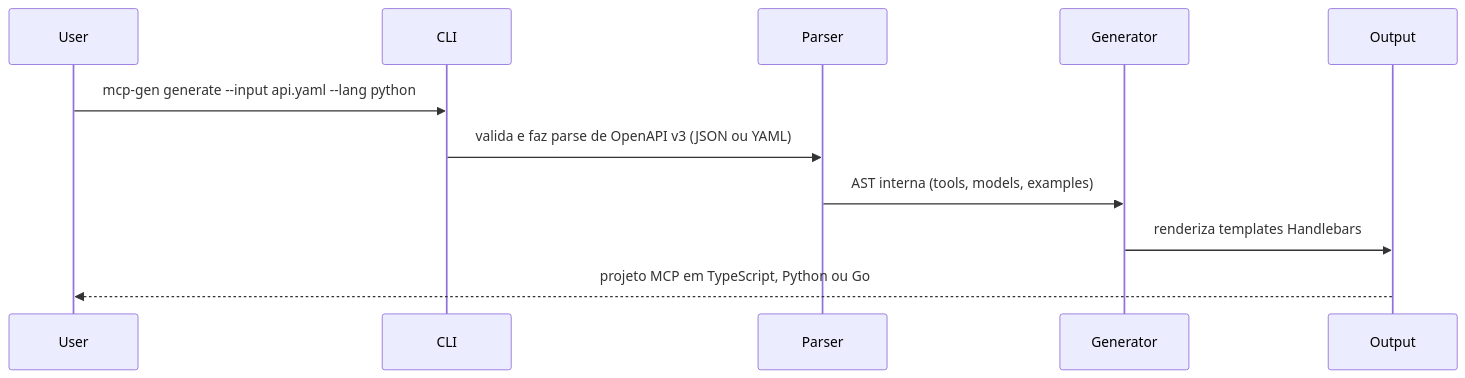
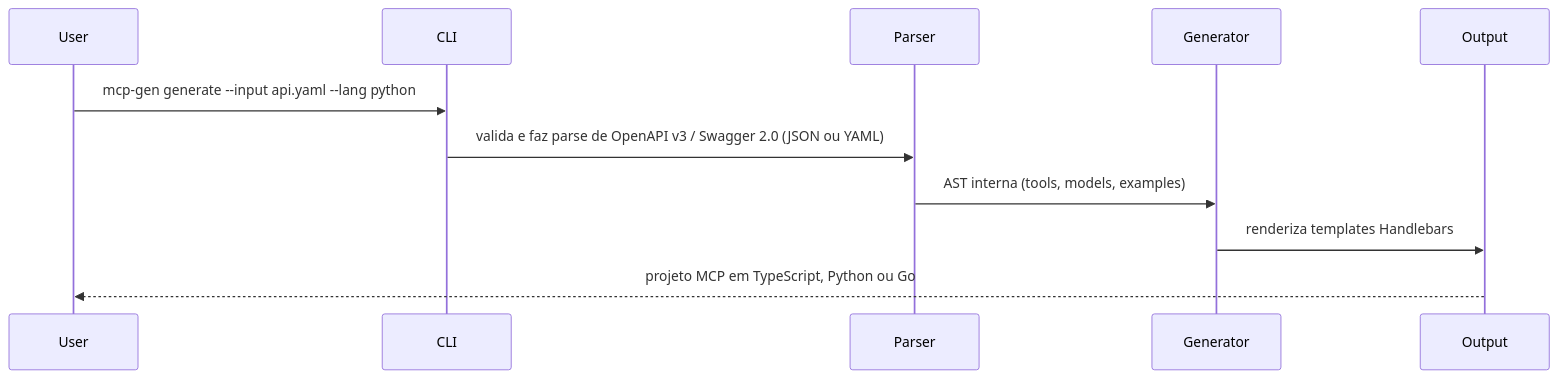
The diagram in README.pt-BR.md (ChristopherDond/MCP-Generator), drawn with Mermaid before and after one commit. The commit also changed other lines of this file and 11 other files, not shown here.

````diff
--- a/README.pt-BR.md
+++ b/README.pt-BR.md
@@ -73,14 +81,14 @@
 ```mermaid
 sequenceDiagram
     participant User
     participant CLI
     participant Parser
     participant Generator
     participant Output
 
     User->>CLI: mcp-gen generate --input api.yaml --lang python
-    CLI->>Parser: valida e faz parse de OpenAPI v3 (JSON ou YAML)
+    CLI->>Parser: valida e faz parse de OpenAPI v3 / Swagger 2.0 (JSON ou YAML)
     Parser->>Generator: AST interna (tools, models, examples)
     Generator->>Output: renderiza templates Handlebars
     Output-->>User: projeto MCP em TypeScript, Python ou Go
 ```
````
